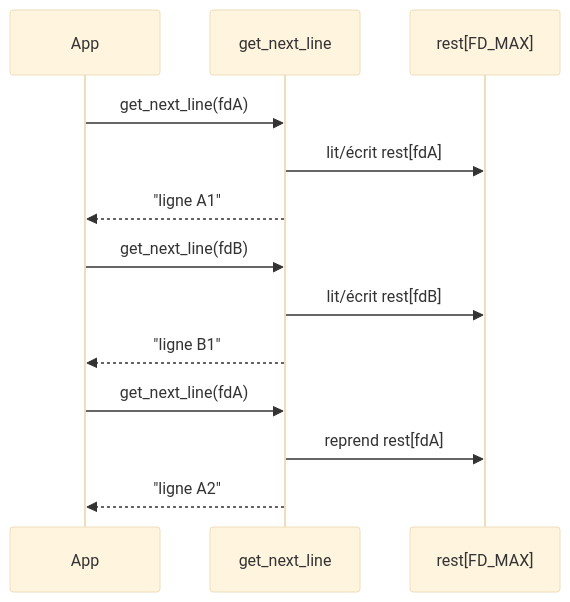
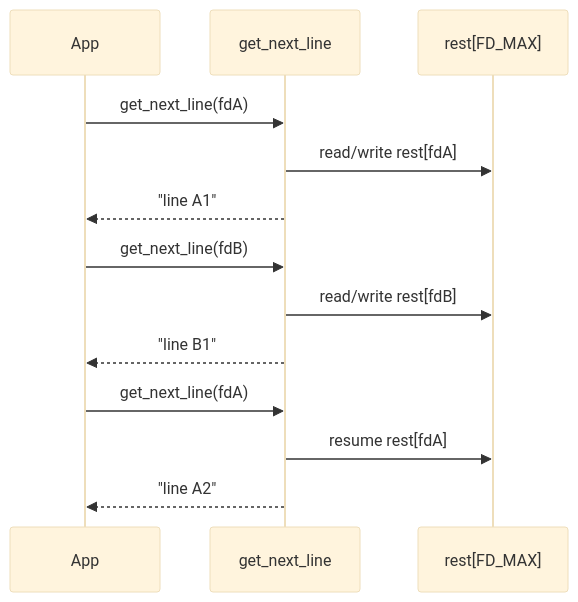
The fourth of 5 diagrams in README.md (AstarophTY/libft), drawn with Mermaid (base theme) before and after one commit. The commit also changed other lines of this file, not shown here.

````diff
--- a/README.md
+++ b/README.md
@@ -240,15 +220,15 @@
 ```mermaid
 sequenceDiagram
     participant App
     participant GNL as get_next_line
     participant R as rest[FD_MAX]
     App->>GNL: get_next_line(fdA)
-    GNL->>R: lit/écrit rest[fdA]
-    GNL-->>App: "ligne A1"
+    GNL->>R: read/write rest[fdA]
+    GNL-->>App: "line A1"
     App->>GNL: get_next_line(fdB)
-    GNL->>R: lit/écrit rest[fdB]
-    GNL-->>App: "ligne B1"
+    GNL->>R: read/write rest[fdB]
+    GNL-->>App: "line B1"
     App->>GNL: get_next_line(fdA)
-    GNL->>R: reprend rest[fdA]
-    GNL-->>App: "ligne A2"
+    GNL->>R: resume rest[fdA]
+    GNL-->>App: "line A2"
 ```
````
